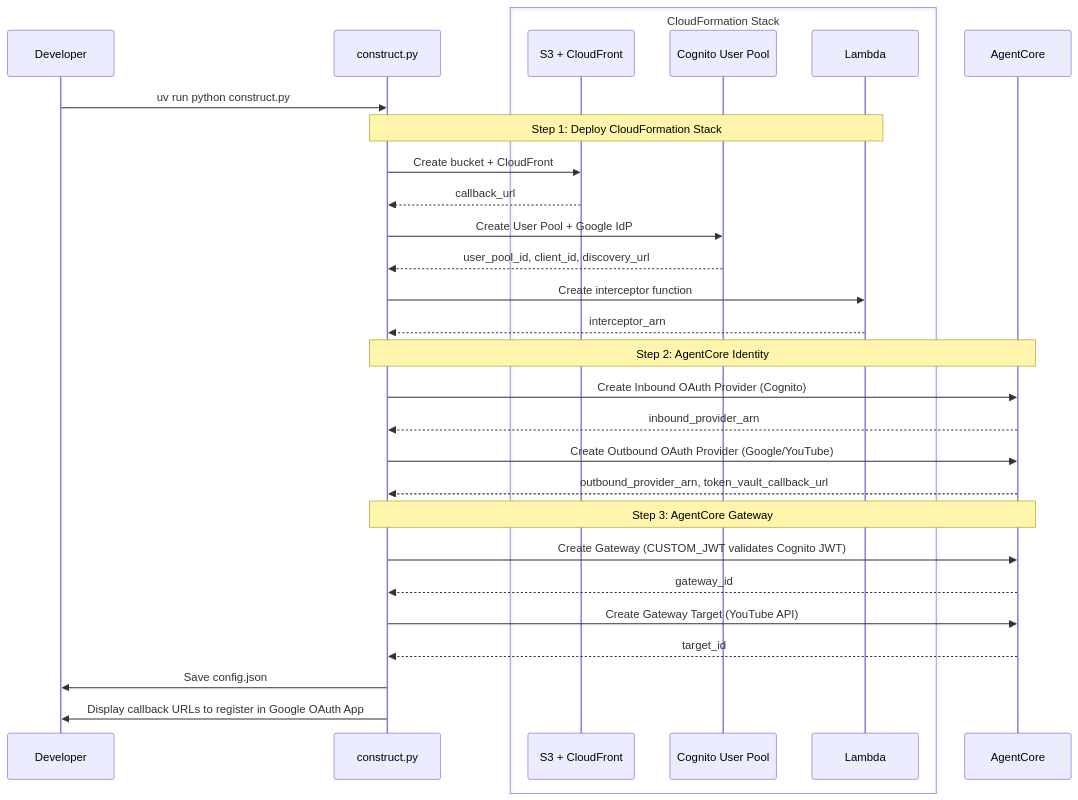
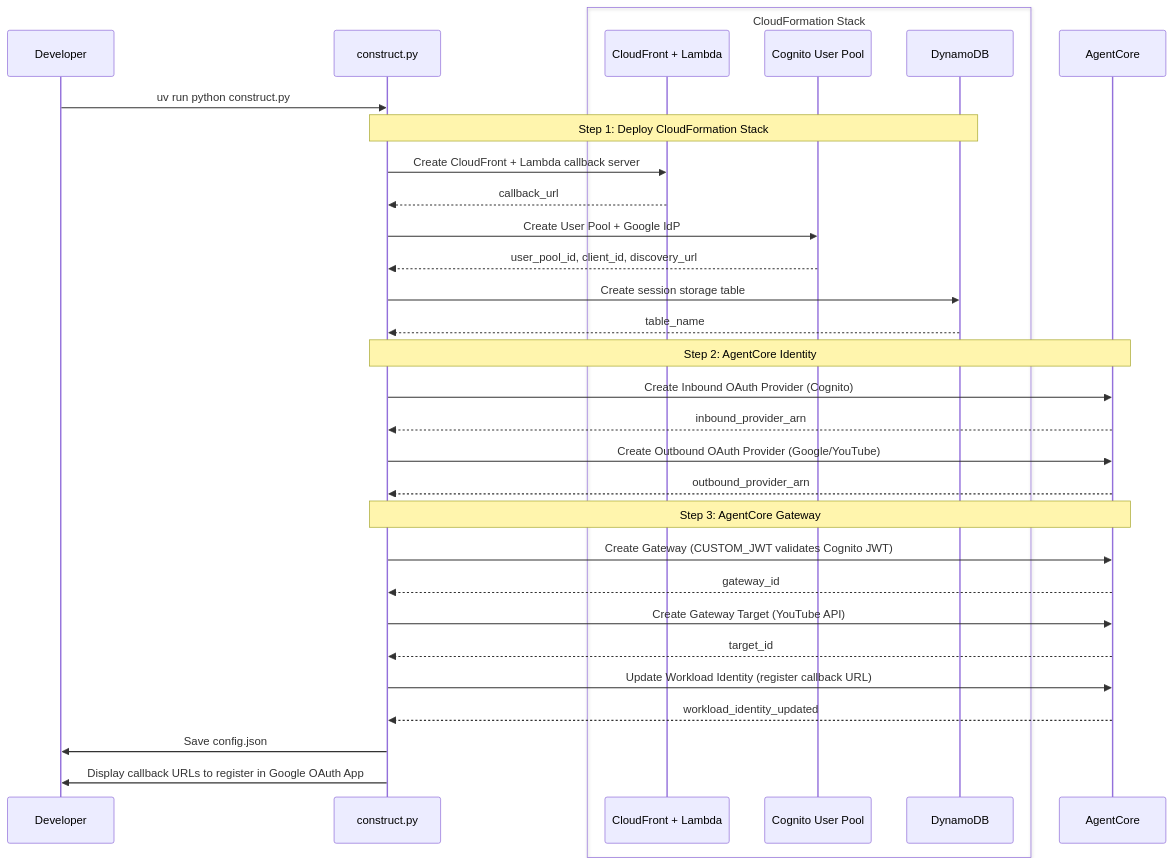
The third of 3 diagrams in oauth-gateway-from-agent/README.md (icoxfog417/agentcore-in-action), drawn with Mermaid before and after one commit. The commit also changed other lines of this file and 3 other files, not shown here.

````diff
--- a/oauth-gateway-from-agent/README.md
+++ b/oauth-gateway-from-agent/README.md
@@ -142,38 +142,40 @@
 ```mermaid
 sequenceDiagram
     participant Dev as Developer
     participant Script as construct.py
 
     box CloudFormation Stack
-        participant S3 as S3 + CloudFront
+        participant CF as CloudFront + Lambda
         participant Cognito as Cognito User Pool
-        participant Lambda as Lambda
+        participant DB as DynamoDB
     end
 
     participant AC as AgentCore
 
     Dev->>Script: uv run python construct.py
 
-    Note over Script,Lambda: Step 1: Deploy CloudFormation Stack
-    Script->>S3: Create bucket + CloudFront
-    S3-->>Script: callback_url
+    Note over Script,DB: Step 1: Deploy CloudFormation Stack
+    Script->>CF: Create CloudFront + Lambda callback server
+    CF-->>Script: callback_url
     Script->>Cognito: Create User Pool + Google IdP
     Cognito-->>Script: user_pool_id, client_id, discovery_url
-    Script->>Lambda: Create interceptor function
-    Lambda-->>Script: interceptor_arn
+    Script->>DB: Create session storage table
+    DB-->>Script: table_name
 
     Note over Script,AC: Step 2: AgentCore Identity
     Script->>AC: Create Inbound OAuth Provider (Cognito)
     AC-->>Script: inbound_provider_arn
     Script->>AC: Create Outbound OAuth Provider (Google/YouTube)
-    AC-->>Script: outbound_provider_arn, token_vault_callback_url
+    AC-->>Script: outbound_provider_arn
 
     Note over Script,AC: Step 3: AgentCore Gateway
     Script->>AC: Create Gateway (CUSTOM_JWT validates Cognito JWT)
     AC-->>Script: gateway_id
     Script->>AC: Create Gateway Target (YouTube API)
     AC-->>Script: target_id
+    Script->>AC: Update Workload Identity (register callback URL)
+    AC-->>Script: workload_identity_updated
 
     Script->>Dev: Save config.json
     Script->>Dev: Display callback URLs to register in Google OAuth App
 ```
````
